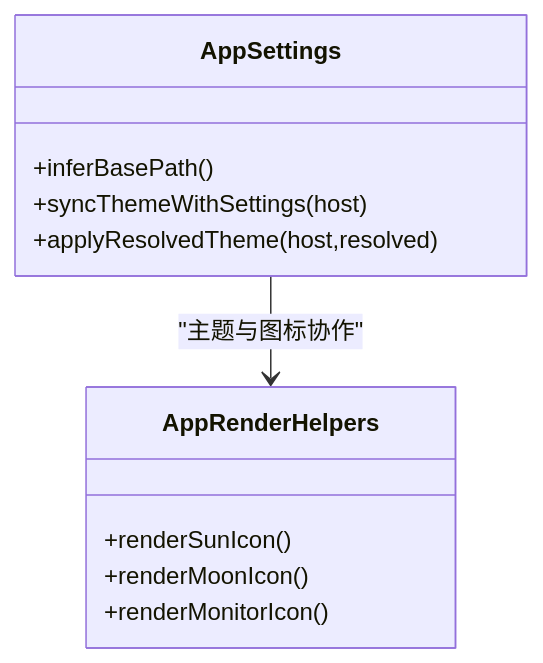
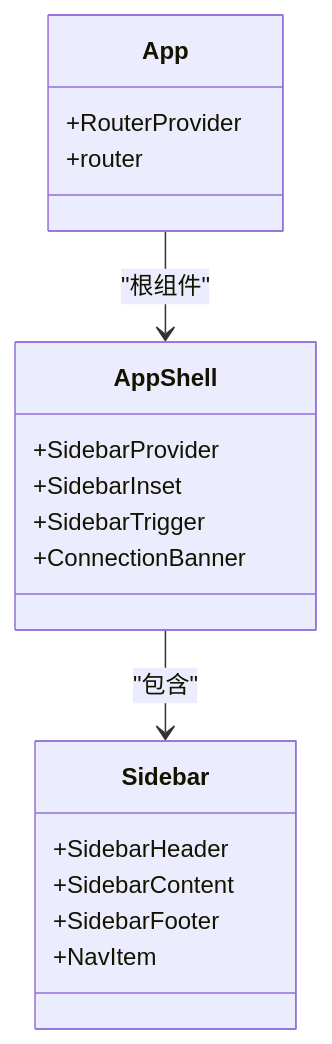
One commit to verse-ai-org/openclaw changed the fourth of 14 diagrams in .qoder/repowiki/zh/content/Web界面/控制面板.md. Above: the diagram before and after it, drawn with Mermaid. The commit also changed other lines of this file and 46 other files, not shown here.

````diff
--- a/.qoder/repowiki/zh/content/Web界面/控制面板.md
+++ b/.qoder/repowiki/zh/content/Web界面/控制面板.md
@@ -182,14 +223,21 @@
 ```mermaid
 classDiagram
-class AppSettings {
-+inferBasePath()
-+syncThemeWithSettings(host)
-+applyResolvedTheme(host,resolved)
+class AppShell {
++SidebarProvider
++SidebarInset
++SidebarTrigger
++ConnectionBanner
 }
-class AppRenderHelpers {
-+renderSunIcon()
-+renderMoonIcon()
-+renderMonitorIcon()
+class Sidebar {
++SidebarHeader
++SidebarContent
++SidebarFooter
++NavItem
 }
-AppSettings --> AppRenderHelpers : "主题与图标协作"
+class App {
++RouterProvider
++router
+}
+App --> AppShell : "根组件"
+AppShell --> Sidebar : "包含"
 ```
````
